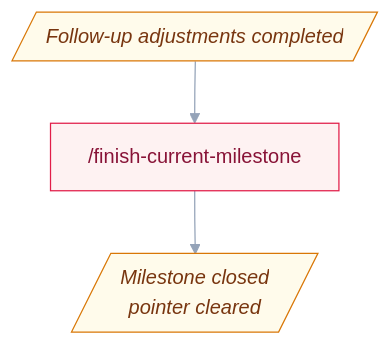
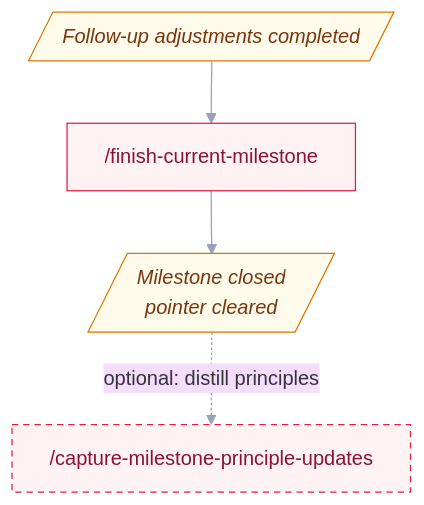
One commit to uHappyLogic/cairn changed the sixth of 6 diagrams in README.md. Above: the diagram before and after it, drawn with Mermaid. The commit also changed other lines of this file and 3 other files, not shown here.

````diff
--- a/README.md
+++ b/README.md
@@ -192,14 +188,18 @@
 ```mermaid
 %%{init: {'theme':'base','themeVariables':{'fontFamily':'ui-sans-serif, system-ui','lineColor':'#94a3b8','primaryBorderColor':'#475569'},'flowchart':{'wrappingWidth':9999,'curve':'basis'}}}%%
 flowchart TD
     D4[/"Follow-up adjustments completed"/]
     EM1["/finish-current-milestone"]
     D5[/"Milestone closed<br/>pointer cleared"/]
+    EM2["/capture-milestone-principle-updates"]
 
     D4 --> EM1 --> D5
+    D5 -.->|optional: distill principles| EM2
 
     classDef finish fill:#fef2f2,stroke:#e11d48,color:#881337;
+    classDef optional stroke-dasharray:5 4;
     classDef state fill:#fffbeb,stroke:#d97706,color:#78350f,font-style:italic;
-    class EM1 finish;
+    class EM1,EM2 finish;
+    class EM2 optional;
     class D4,D5 state;
 ```
````
